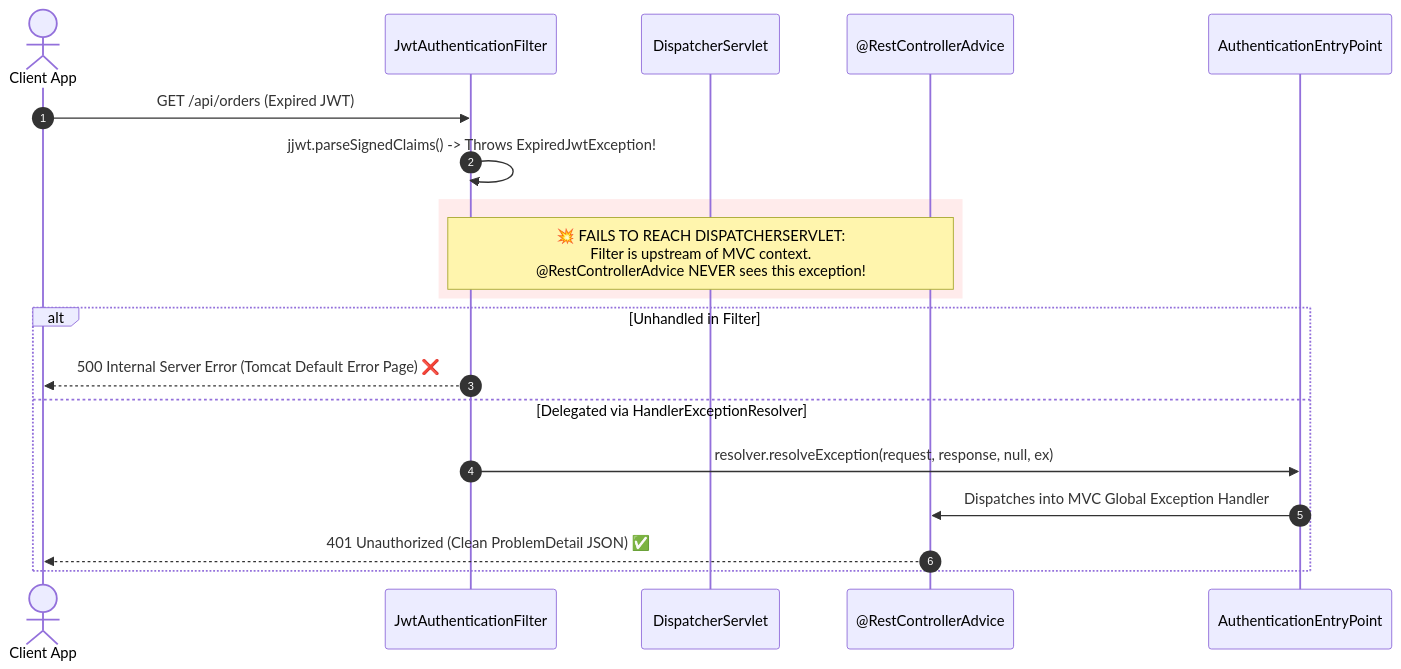
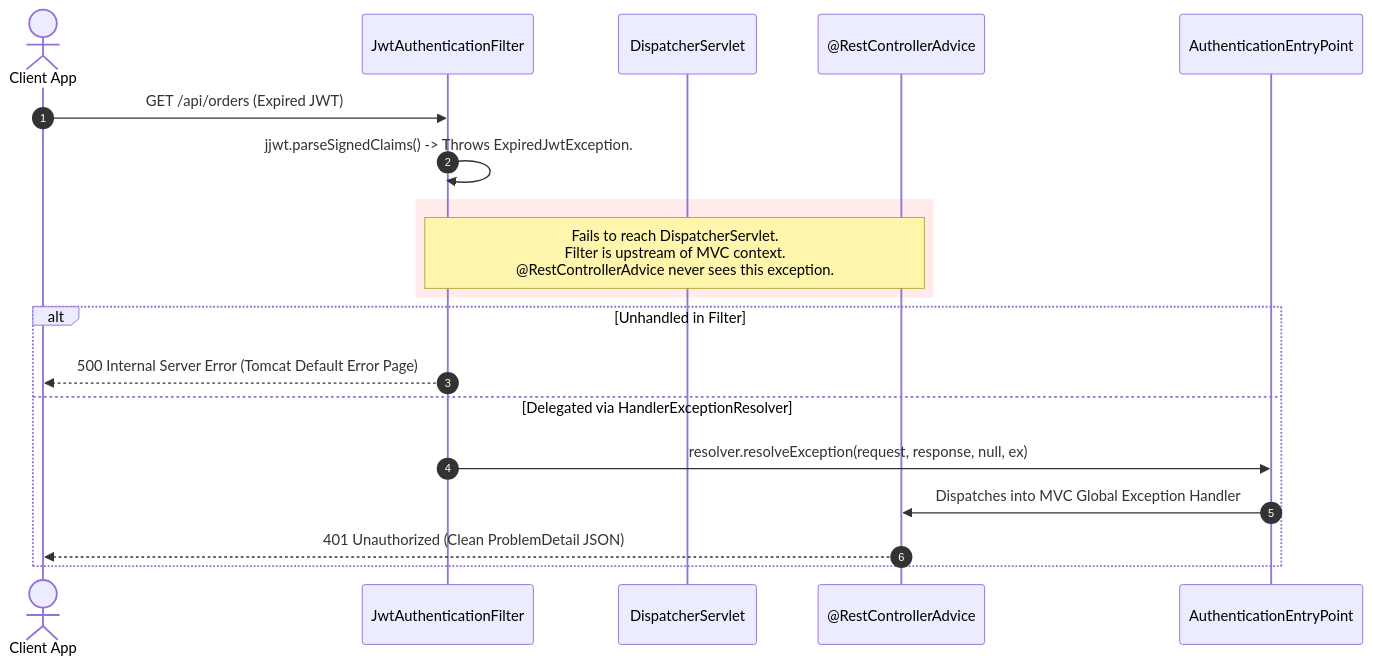
The first of 2 diagrams in docs/debugging/security-filter-chain-and-jwt-pitfalls.md (Rohit1024/spring-boot-mastery), drawn with Mermaid before and after one commit. The commit also changed other lines of this file and 117 other files, not shown here.

````diff
--- a/docs/debugging/security-filter-chain-and-jwt-pitfalls.md
+++ b/docs/debugging/security-filter-chain-and-jwt-pitfalls.md
@@ -20,24 +20,24 @@
 ``` mermaid
 sequenceDiagram
     autonumber
     actor Client as Client App
     participant Filter as JwtAuthenticationFilter
     participant Dispatcher as DispatcherServlet
     participant Advice as @RestControllerAdvice
     participant EntryPoint as AuthenticationEntryPoint
 
     Client->>Filter: GET /api/orders (Expired JWT)
-    Filter->>Filter: jjwt.parseSignedClaims() -> Throws ExpiredJwtException!
+    Filter->>Filter: jjwt.parseSignedClaims() -> Throws ExpiredJwtException.
     
     rect rgb(255, 235, 235)
-        Note over Filter,Advice: 💥 FAILS TO REACH DISPATCHERSERVLET:<br/>Filter is upstream of MVC context.<br/>@RestControllerAdvice NEVER sees this exception!
+        Note over Filter,Advice: Fails to reach DispatcherServlet.<br/>Filter is upstream of MVC context.<br/>@RestControllerAdvice never sees this exception.
     end
 
     alt Unhandled in Filter
-        Filter-->>Client: 500 Internal Server Error (Tomcat Default Error Page) ❌
+        Filter-->>Client: 500 Internal Server Error (Tomcat Default Error Page)
     else Delegated via HandlerExceptionResolver
         Filter->>EntryPoint: resolver.resolveException(request, response, null, ex)
         EntryPoint->>Advice: Dispatches into MVC Global Exception Handler
-        Advice-->>Client: 401 Unauthorized (Clean ProblemDetail JSON) ✅
+        Advice-->>Client: 401 Unauthorized (Clean ProblemDetail JSON)
     end
 ```
````
